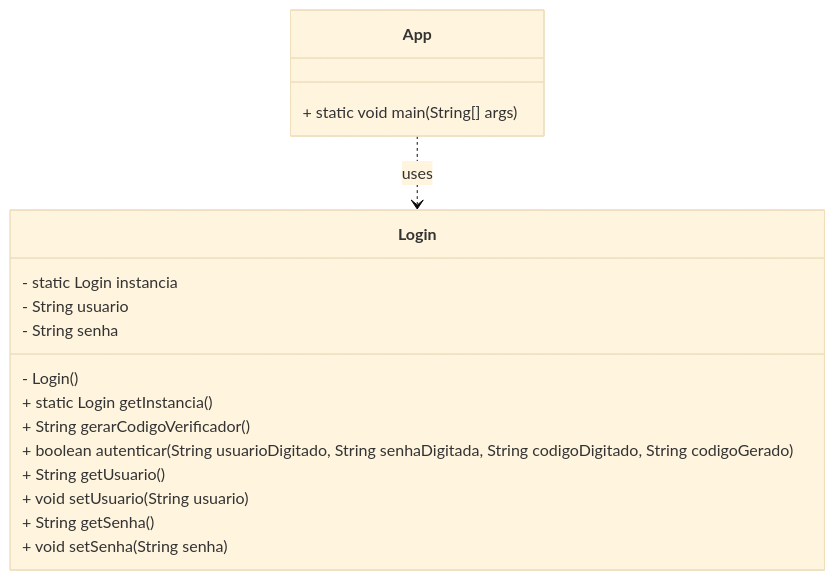
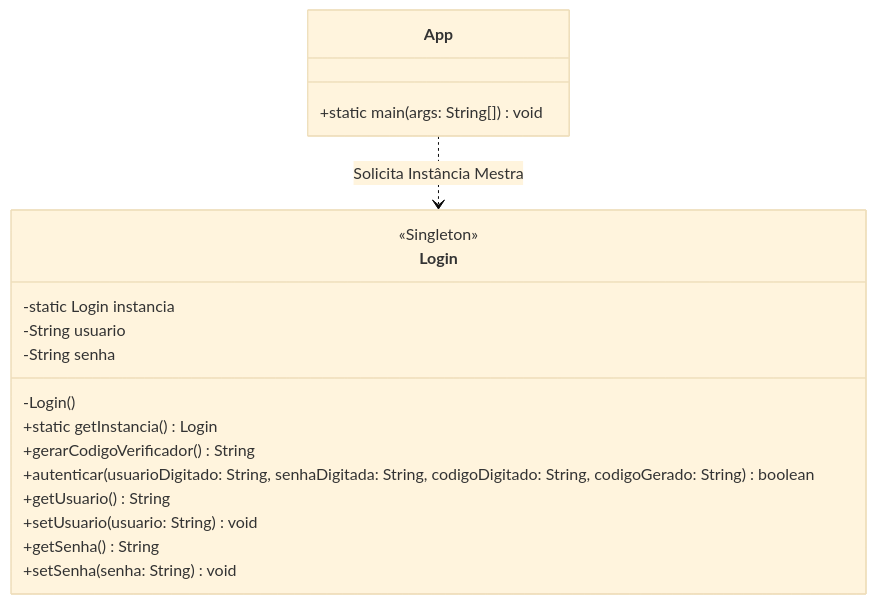
Before and after one commit to FernandoAlves049/padroes-de-projetos: the first of 2 diagrams in aula V.2/Documentacao_App_Login.md, drawn with Mermaid (base theme). The commit also changed other lines of this file, not shown here.

````diff
--- a/aula V.2/Documentacao_App_Login.md
+++ b/aula V.2/Documentacao_App_Login.md
@@ -14,22 +14,24 @@
 ```mermaid
 classDiagram
+    %% Estilização para o padrão Singleton
     class Login {
-        - static Login instancia
-        - String usuario
-        - String senha
-        - Login()
-        + static Login getInstancia()
-        + String gerarCodigoVerificador()
-        + boolean autenticar(String usuarioDigitado, String senhaDigitada, String codigoDigitado, String codigoGerado)
-        + String getUsuario()
-        + void setUsuario(String usuario)
-        + String getSenha()
-        + void setSenha(String senha)
+        <<Singleton>>
+        -static Login instancia
+        -String usuario
+        -String senha
+        -Login()
+        +static getInstancia() Login
+        +gerarCodigoVerificador() String
+        +autenticar(usuarioDigitado: String, senhaDigitada: String, codigoDigitado: String, codigoGerado: String) boolean
+        +getUsuario() String
+        +setUsuario(usuario: String) void
+        +getSenha() String
+        +setSenha(senha: String) void
     }
 
     class App {
-        + static void main(String[] args)
+        +static main(args: String[]) void
     }
 
-    App ..> Login : uses
+    App ..> Login : Solicita Instância Mestra
 ```
````
